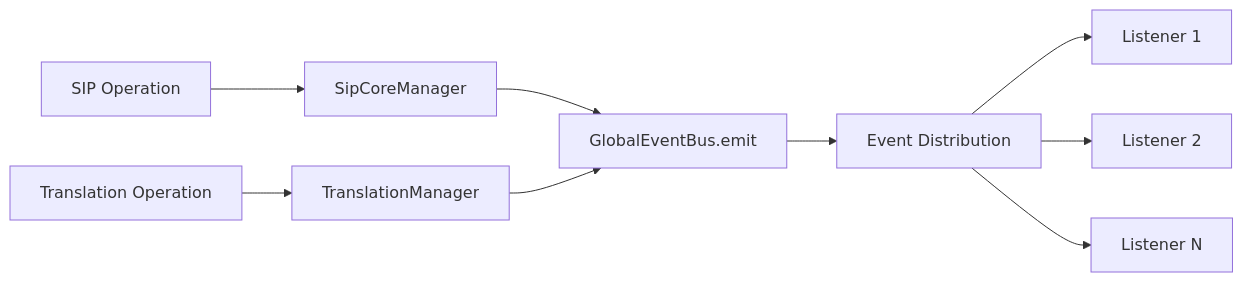
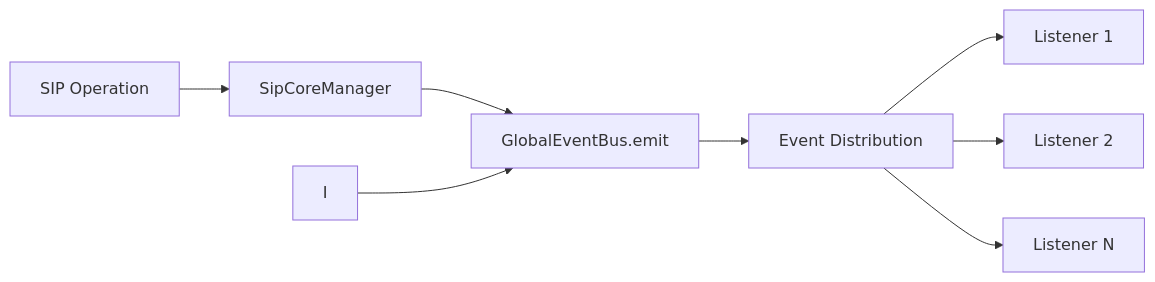
Before and after one commit to eddyslarez/sip-library: the second of 2 diagrams in ESTRUCTURA_BIBLIOTECA.md, drawn with Mermaid. The commit also changed other lines of this file and 14 other files, not shown here.

````diff
--- a/ESTRUCTURA_BIBLIOTECA.md
+++ b/ESTRUCTURA_BIBLIOTECA.md
@@ -120,12 +105,11 @@
 ```mermaid
 graph LR
     A[SIP Operation] --> B[SipCoreManager]
     B --> C[GlobalEventBus.emit]
     C --> D[Event Distribution]
     D --> E[Listener 1]
     D --> F[Listener 2]
     D --> G[Listener N]
     
-    H[Translation Operation] --> I[TranslationManager]
     I --> C
 ```
````
